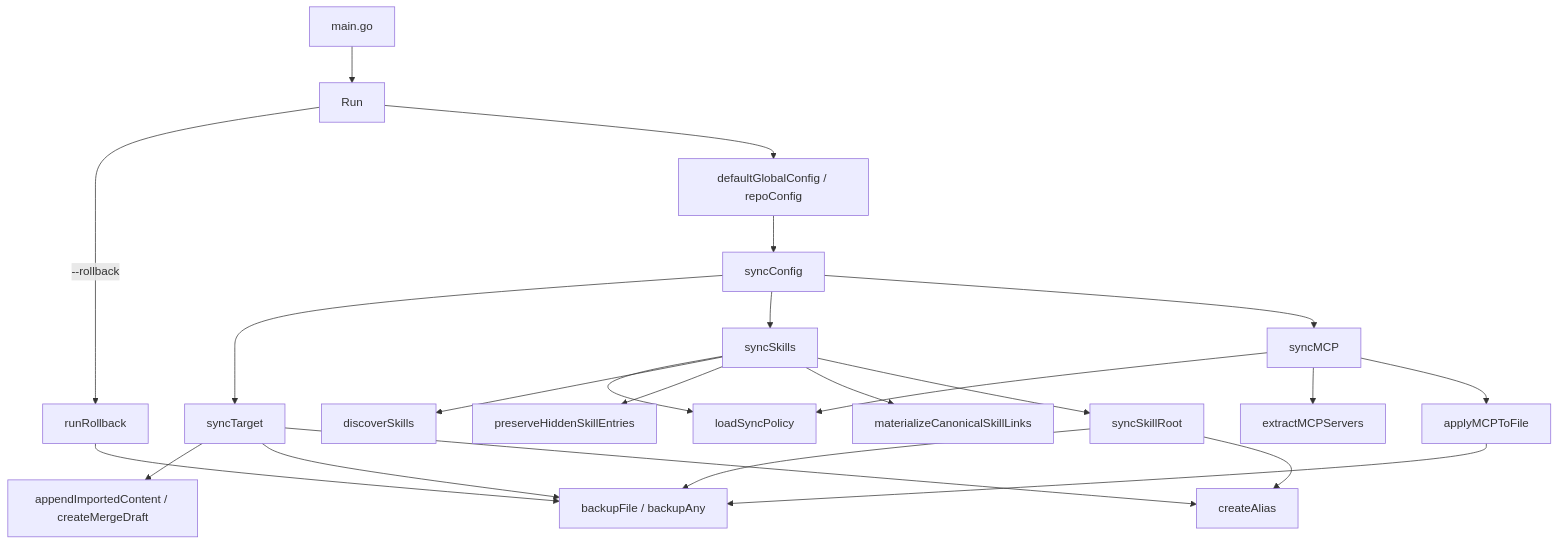
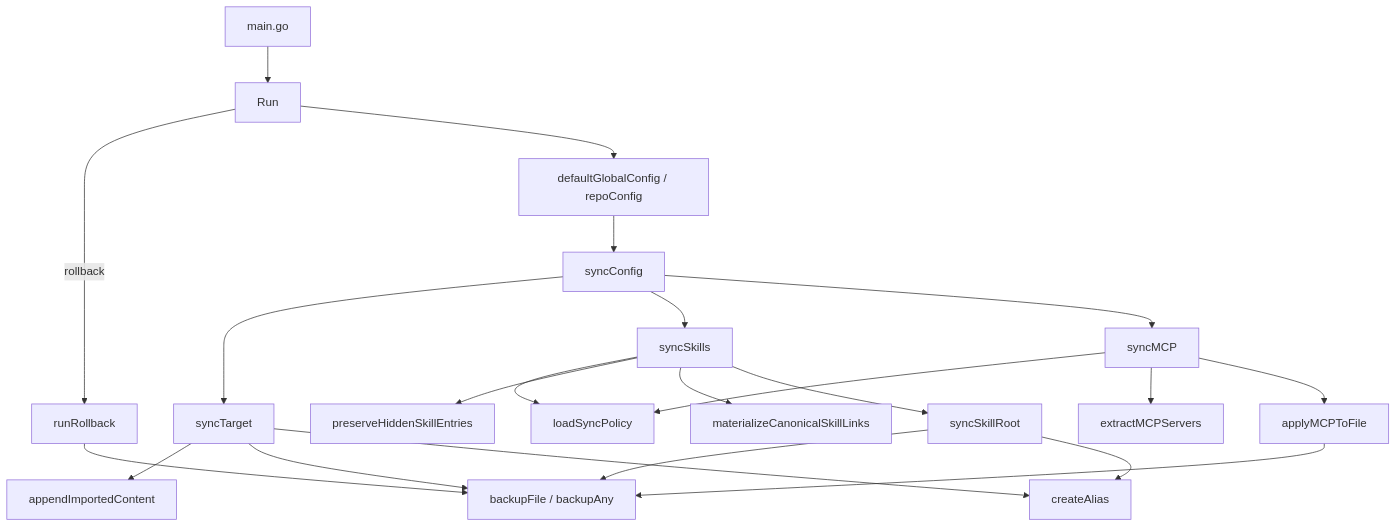
Before and after one commit to x0c/agentsync: the diagram in docs/AGENTSYNC_KNOWLEDGE_BASE.md, drawn with Mermaid. The commit also changed other lines of this file and 25 other files, not shown here.

````diff
--- a/docs/AGENTSYNC_KNOWLEDGE_BASE.md
+++ b/docs/AGENTSYNC_KNOWLEDGE_BASE.md
@@ -40,25 +11,24 @@
 ```mermaid
 flowchart TD
     CLI[main.go] --> Run[Run]
-    Run -->|--rollback| Restore[runRollback]
+    Run -->|rollback| Restore[runRollback]
     Run --> Config[defaultGlobalConfig / repoConfig]
     Config --> Sync[syncConfig]
-    Sync --> Target[syncTarget]
+    Sync --> Instructions[syncTarget]
     Sync --> Skills[syncSkills]
     Sync --> MCP[syncMCP]
     Skills --> Policy[loadSyncPolicy]
     MCP --> Policy
-    Target --> Merge[appendImportedContent / createMergeDraft]
-    Target --> Backup[backupFile / backupAny]
-    Target --> Alias[createAlias]
-    Skills --> Discover[discoverSkills]
+    Instructions --> Merge[appendImportedContent]
+    Instructions --> Backup[backupFile / backupAny]
+    Instructions --> Alias[createAlias]
     Skills --> Preserve[preserveHiddenSkillEntries]
     Skills --> Materialize[materializeCanonicalSkillLinks]
     Skills --> Root[syncSkillRoot]
+    Root --> Backup
+    Root --> Alias
     MCP --> Extract[extractMCPServers]
     MCP --> Apply[applyMCPToFile]
-    Root --> Backup
-    Root --> Alias
     Apply --> Backup
     Restore --> Backup
 ```
````
